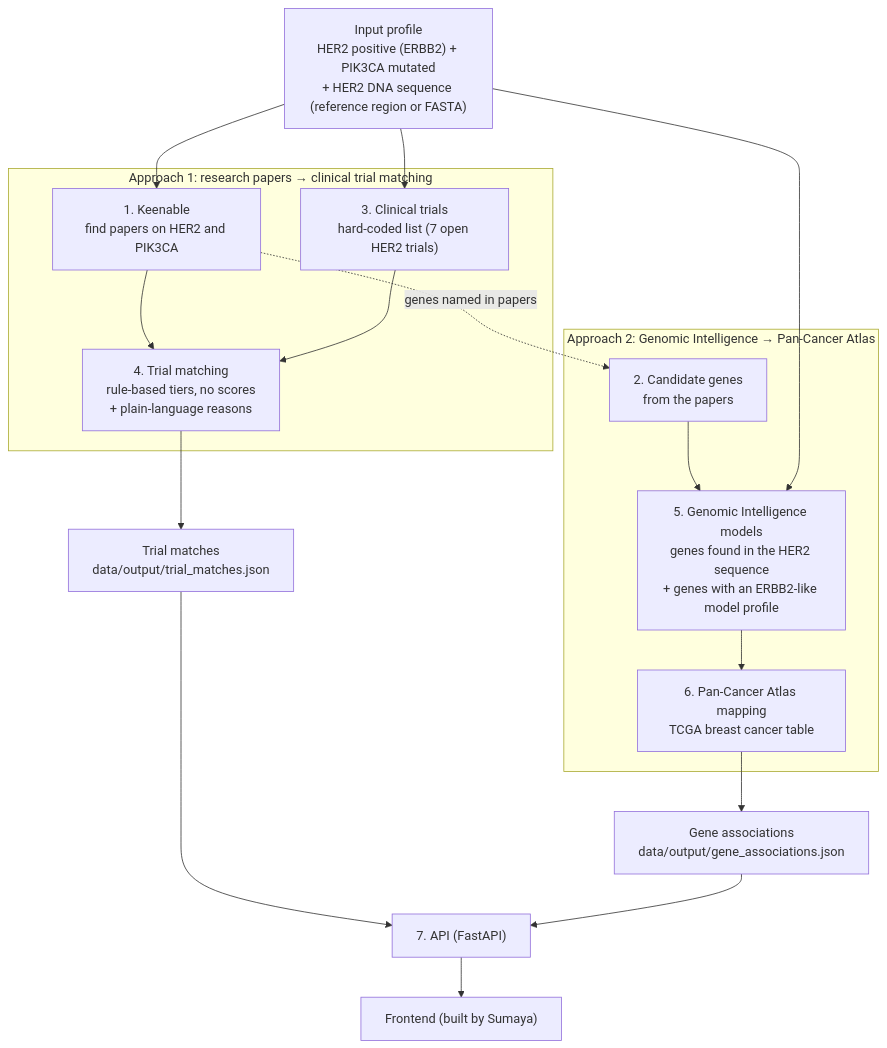
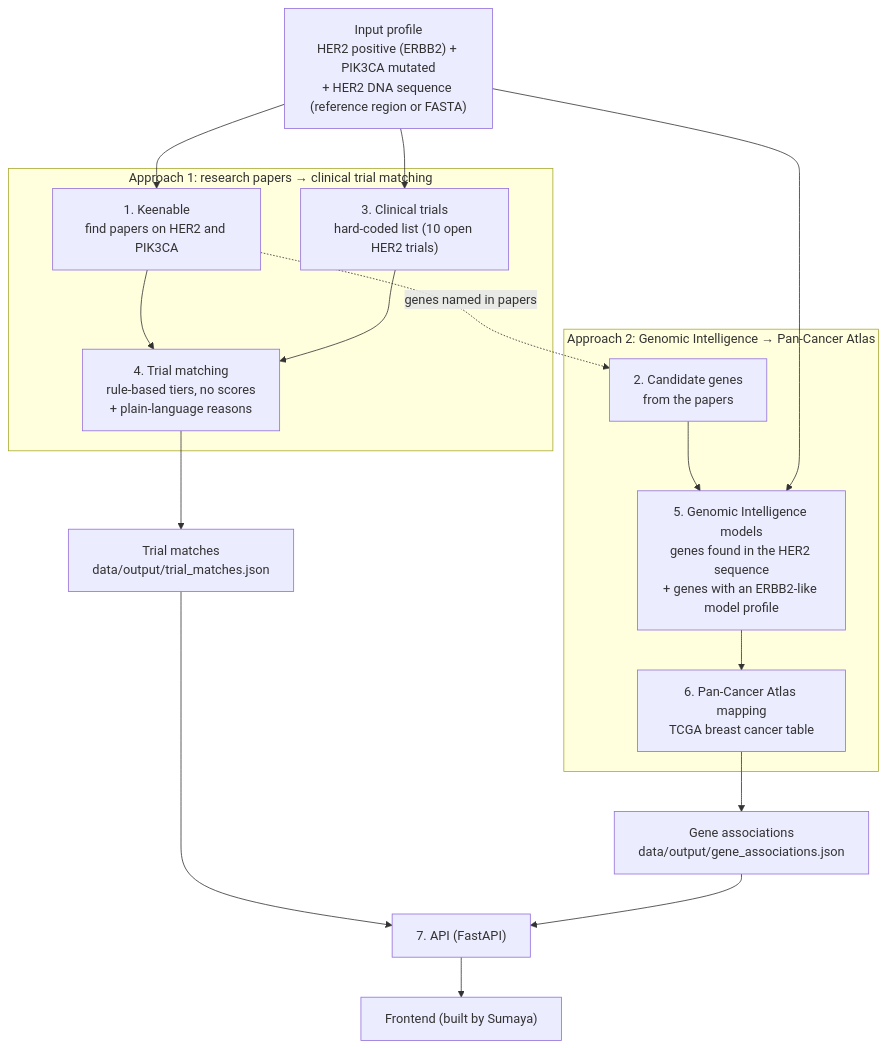
The diagram in AGENTS.md (Contactashmeetsingh/B5-hackers), drawn with Mermaid before and after one commit. The commit also changed other lines of this file and 6 other files, not shown here.

````diff
--- a/AGENTS.md
+++ b/AGENTS.md
@@ -39,30 +39,30 @@
 ```mermaid
 flowchart TD
     IN["Input profile<br/>HER2 positive (ERBB2) + PIK3CA mutated<br/>+ HER2 DNA sequence (reference region or FASTA)"]
 
     subgraph A1["Approach 1: research papers → clinical trial matching"]
         K["1. Keenable<br/>find papers on HER2 and PIK3CA"]
-        T["3. Clinical trials<br/>hard-coded list (7 open HER2 trials)"]
+        T["3. Clinical trials<br/>hard-coded list (10 open HER2 trials)"]
         M["4. Trial matching<br/>rule-based tiers, no scores<br/>+ plain-language reasons"]
         K --> M
         T --> M
     end
 
     subgraph A2["Approach 2: Genomic Intelligence → Pan-Cancer Atlas"]
         C["2. Candidate genes<br/>from the papers"]
         G["5. Genomic Intelligence models<br/>genes found in the HER2 sequence<br/>+ genes with an ERBB2-like model profile"]
         P["6. Pan-Cancer Atlas mapping<br/>TCGA breast cancer table"]
         C --> G --> P
     end
 
     IN --> K
     IN --> T
     IN --> G
     K -. "genes named in papers" .-> C
 
     M --> O1["Trial matches<br/>data/output/trial_matches.json"]
     P --> O2["Gene associations<br/>data/output/gene_associations.json"]
     O1 --> API["7. API (FastAPI)"]
     O2 --> API
     API --> UI["Frontend (built by Sumaya)"]
 ```
````
